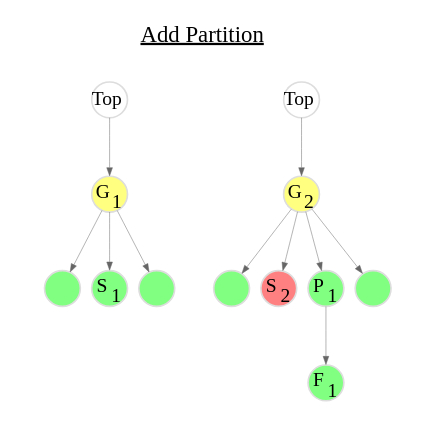
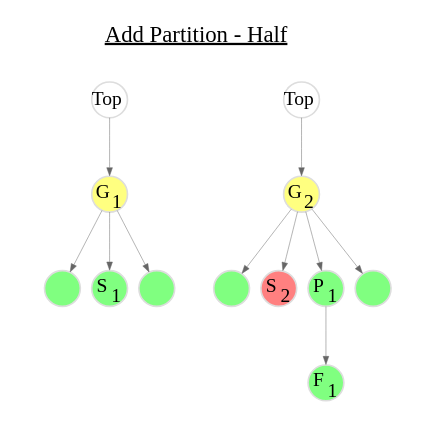
Before and after one commit to flatcap/dparted: the diagram in 4_add_partition_half.gv, drawn with Graphviz. The commit also changed 3 other files, not shown here.

```diff
--- a/4_add_partition_half.gv
+++ b/4_add_partition_half.gv
@@ -1,66 +1,66 @@
 digraph add {
 	graph [
 		rankdir="TB"
 		bgcolor="white"
 		color="white"
 		nodesep="0.1"
 		ranksep="0.5"
 		labelloc="t"
-		label=<<U>Add Partition</U>>
+		label=<<U>Add Partition - Half</U>>
 	];
 
 	node [
 		fontsize="12"
 		style="solid"
 		width="0.3"
 		height="0.3"
 		fixedsize="true"
 		penwidth="1.0"
 		color="#DDDDDD"
 	];
 
 	edge [
 		penwidth="0.3"
 		color="#666666"
 		arrowsize="0.5"
 	];
 
 
 	subgraph cluster1 {
 		color=transparent;
 		labelloc="t"
 		label=""
 
 		a_Top [ label=<Top>                                              ];
 		a_G1  [ label=<G<SUB>1</SUB>> style="filled" fillcolor="#ffff80" ];
 		a_X1  [ label=<>              style="filled" fillcolor="#80ff80" ];
 		a_S1  [ label=<S<SUB>1</SUB>> style="filled" fillcolor="#80ff80" ];
 		a_X2  [ label=<>              style="filled" fillcolor="#80ff80" ];
 
 		a_Top -> a_G1;
 		a_G1 -> a_X1;
 		a_G1 -> a_S1;
 		a_G1 -> a_X2;
 	}
 
 	subgraph cluster2 {
 		color=transparent;
 		labelloc="t"
 		label=""
 
 		b_Top [ label=<Top>                                              ];
 		b_G2  [ label=<G<SUB>2</SUB>> style="filled" fillcolor="#ffff80" ];
 		b_X1  [ label=<>              style="filled" fillcolor="#80ff80" ];
 		b_S2  [ label=<S<SUB>2</SUB>> style="filled" fillcolor="#ff8080" ];
 		b_P1  [ label=<P<SUB>1</SUB>> style="filled" fillcolor="#80ff80" ];
 		b_F1  [ label=<F<SUB>1</SUB>> style="filled" fillcolor="#80ff80" ];
 		b_X2  [ label=<>              style="filled" fillcolor="#80ff80" ];
 
 		b_Top -> b_G2;
 		b_G2 -> b_X1;
 		b_G2 -> b_S2;
 		b_G2 -> b_P1;
 		b_G2 -> b_X2;
 		b_P1 -> b_F1;
 	}
 }
```
